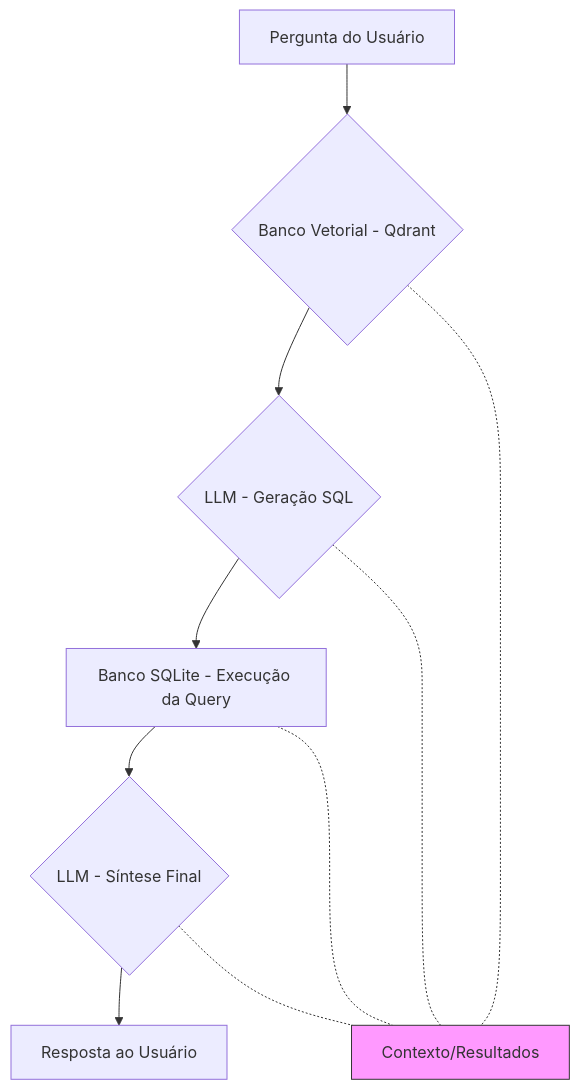
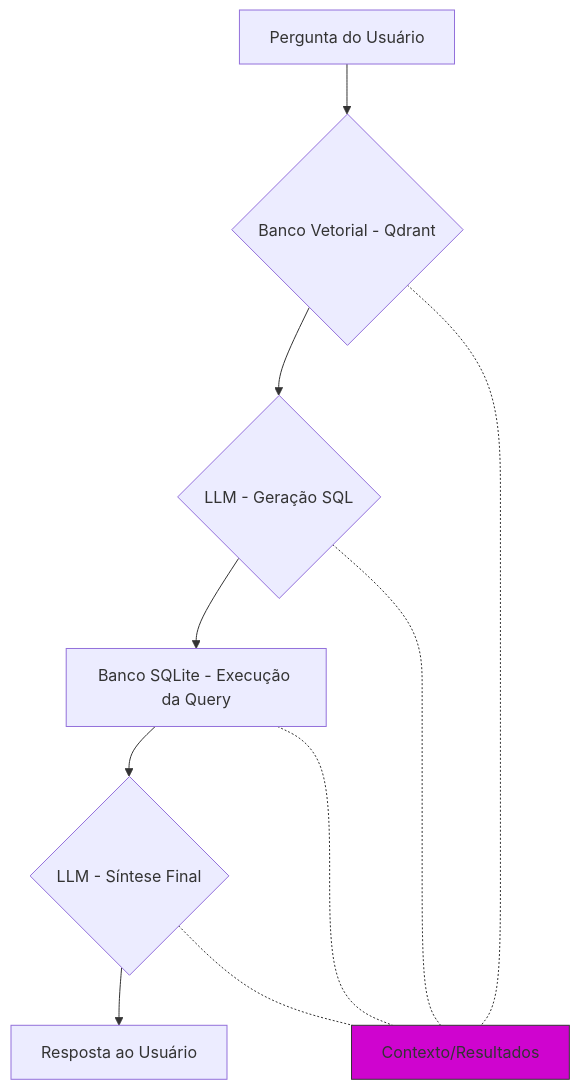
One commit to gdaias/RAG-Alternatives-Framework changed the diagram in README.md. Above: the diagram before and after it, drawn with Mermaid. The commit also changed other lines of this file, not shown here.

````diff
--- a/README.md
+++ b/README.md
@@ -412,10 +490,10 @@
 ```mermaid
 graph TD
     A[Pergunta do Usuário] --> B{Banco Vetorial - Qdrant};
     B --> C{LLM - Geração SQL};
     C --> D[Banco SQLite - Execução da Query];
     D --> E{LLM - Síntese Final};
     E --> F[Resposta ao Usuário];
     B & C & D & E -.- G[Contexto/Resultados];
-    style G fill:#f9f,stroke:#333
+    style G fill:#cf04cf,stroke:#333
 ```
````
